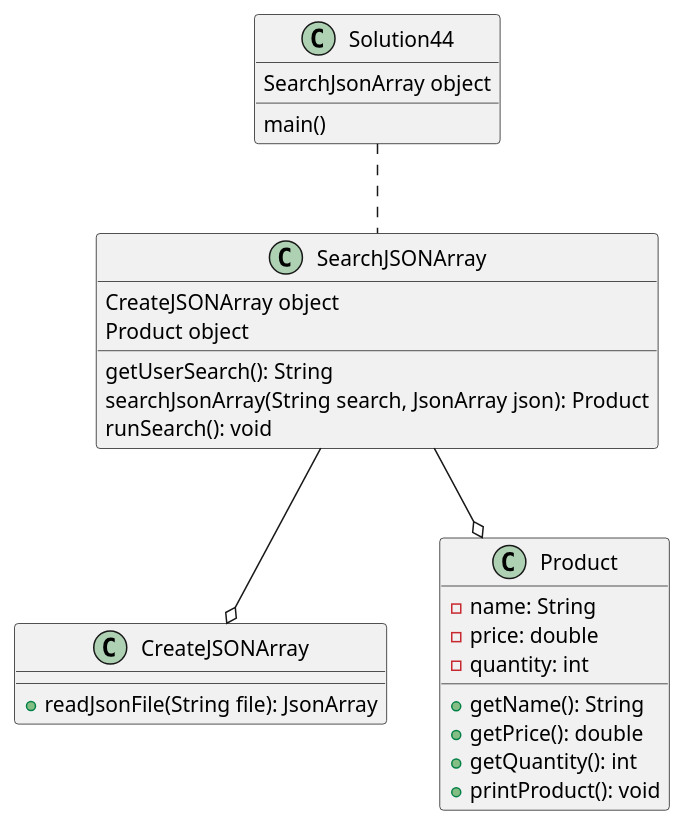
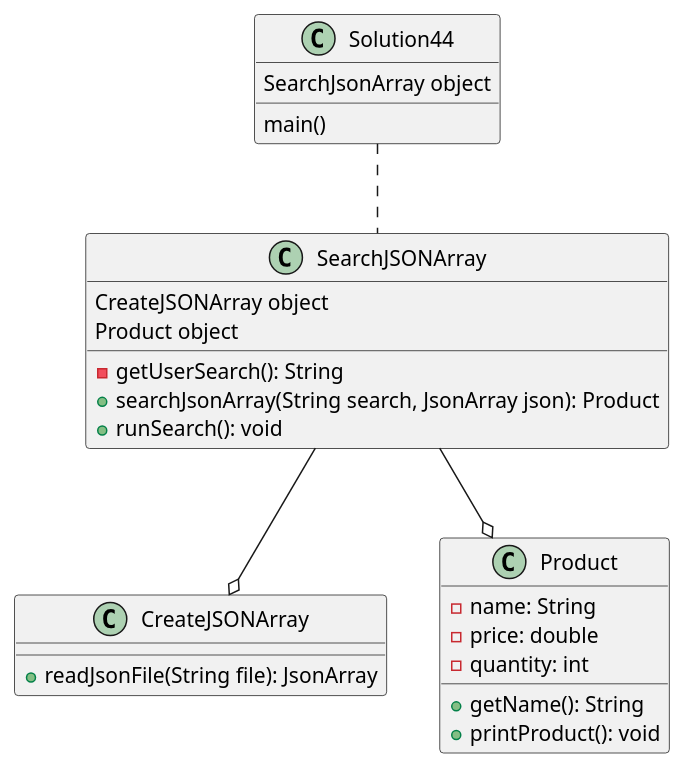
The diagram in exercise44/docs/exercise44Diagram.puml (JMoore910/moore-a04), drawn with PlantUML before and after one commit. The commit also changed 34 other files, not shown here.

```diff
--- a/exercise44/docs/exercise44Diagram.puml
+++ b/exercise44/docs/exercise44Diagram.puml
@@ -1,44 +1,43 @@
 @startuml
 
 class Solution44 {
 '/*
 '*  UCF COP3330 Fall 2021 Assignment 4 Solutions
 '*  Copyright 2021 Jeanne Moore
 '*/
 
 main()
 SearchJsonArray object
 }
 
 class CreateJSONArray {
 +readJsonFile(String file): JsonArray
 }
 
 class SearchJSONArray {
 CreateJSONArray object
 Product object
-getUserSearch(): String
-searchJsonArray(String search, JsonArray json): Product
-runSearch(): void
+-getUserSearch(): String
++searchJsonArray(String search, JsonArray json): Product
++runSearch(): void
 }
 
 class Product {
 -name: String
 -price: double
 -quantity: int
 
 +getName(): String
-+getPrice(): double
-+getQuantity(): int
+'other getters are not needed
 +printProduct(): void
 }
 
 Solution44 .. SearchJSONArray
 
 SearchJSONArray --o CreateJSONArray
 
 SearchJSONArray --o Product
 
 
 
 @enduml
```
